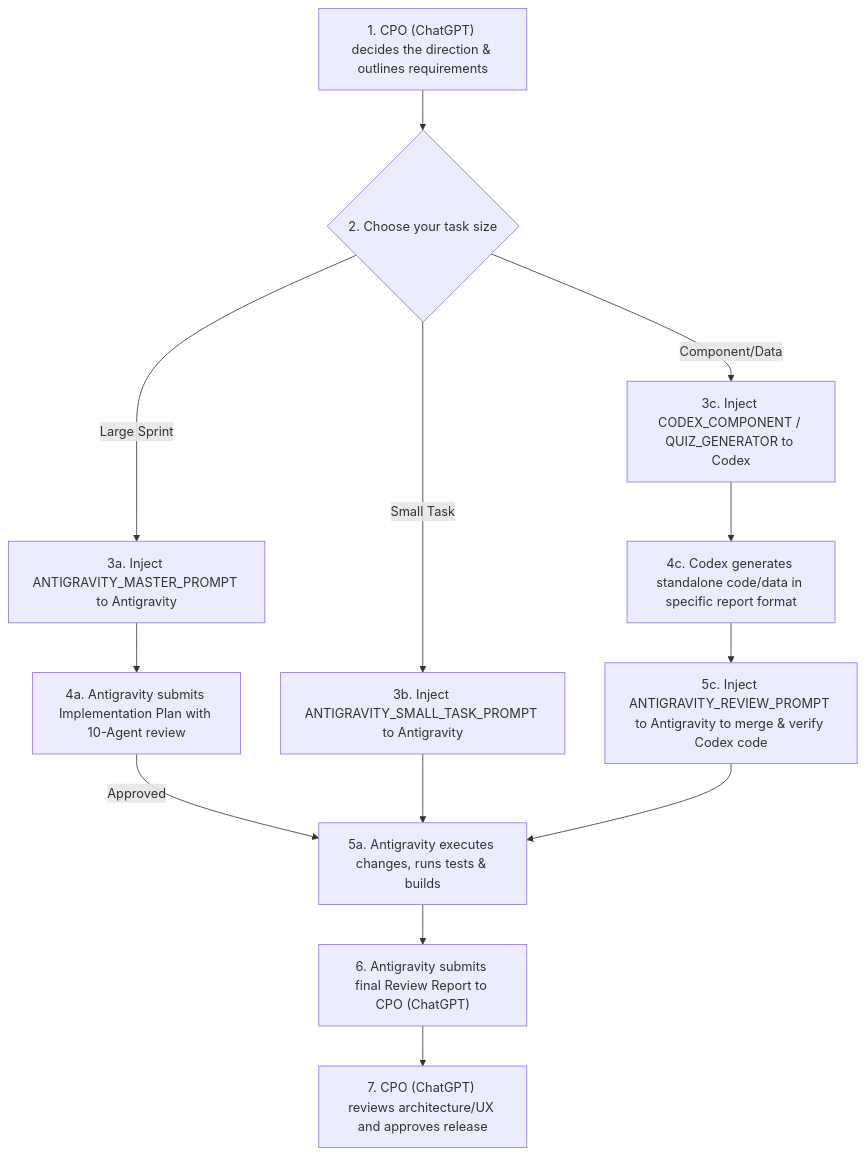
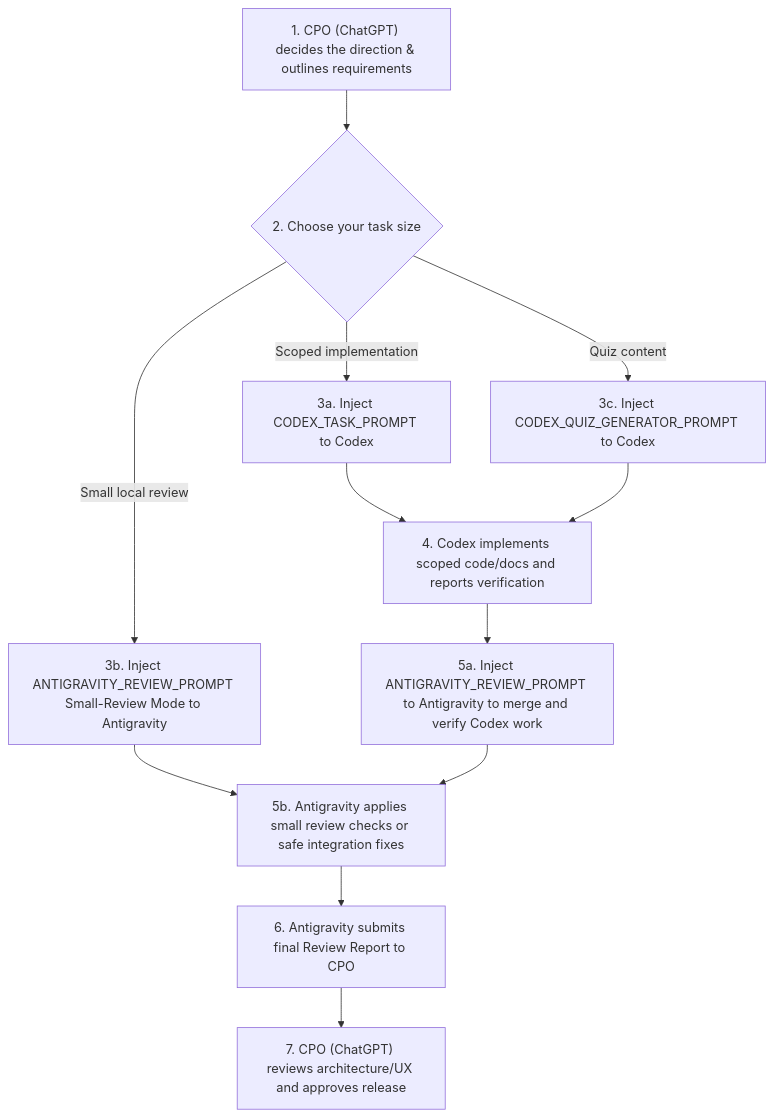
The diagram in WORKFLOW_MAP.md (ceohwj/code-lingo-ai), drawn with Mermaid before and after one commit. The commit also changed other lines of this file and 14 other files, not shown here.

Commit message:
Validate mobile learning flow and finalize MVP QA

````diff
--- a/WORKFLOW_MAP.md
+++ b/WORKFLOW_MAP.md
@@ -23,20 +21,17 @@
 ```mermaid
 graph TD
     A["1. CPO (ChatGPT) decides the direction & outlines requirements"] --> B{"2. Choose your task size"}
     
-    B -->|Large Sprint| C["3a. Inject ANTIGRAVITY_MASTER_PROMPT to Antigravity"]
-    B -->|Small Task| D["3b. Inject ANTIGRAVITY_SMALL_TASK_PROMPT to Antigravity"]
-    B -->|Component/Data| E["3c. Inject CODEX_COMPONENT / QUIZ_GENERATOR to Codex"]
+    B -->|Scoped implementation| C["3a. Inject CODEX_TASK_PROMPT to Codex"]
+    B -->|Small local review| D["3b. Inject ANTIGRAVITY_REVIEW_PROMPT Small-Review Mode to Antigravity"]
+    B -->|Quiz content| E["3c. Inject CODEX_QUIZ_GENERATOR_PROMPT to Codex"]
     
-    C --> F["4a. Antigravity submits Implementation Plan with 10-Agent review"]
-    F -->|Approved| G["5a. Antigravity executes changes, runs tests & builds"]
-    
-    D --> G
-    
-    E --> H["4c. Codex generates standalone code/data in specific report format"]
-    H --> I["5c. Inject ANTIGRAVITY_REVIEW_PROMPT to Antigravity to merge & verify Codex code"]
+    C --> H["4. Codex implements scoped code/docs and reports verification"]
+    E --> H
+    H --> I["5a. Inject ANTIGRAVITY_REVIEW_PROMPT to Antigravity to merge and verify Codex work"]
+    D --> G["5b. Antigravity applies small review checks or safe integration fixes"]
     I --> G
     
-    G --> J["6. Antigravity submits final Review Report to CPO (ChatGPT)"]
+    G --> J["6. Antigravity submits final Review Report to CPO"]
     J --> K["7. CPO (ChatGPT) reviews architecture/UX and approves release"]
 ```
````
